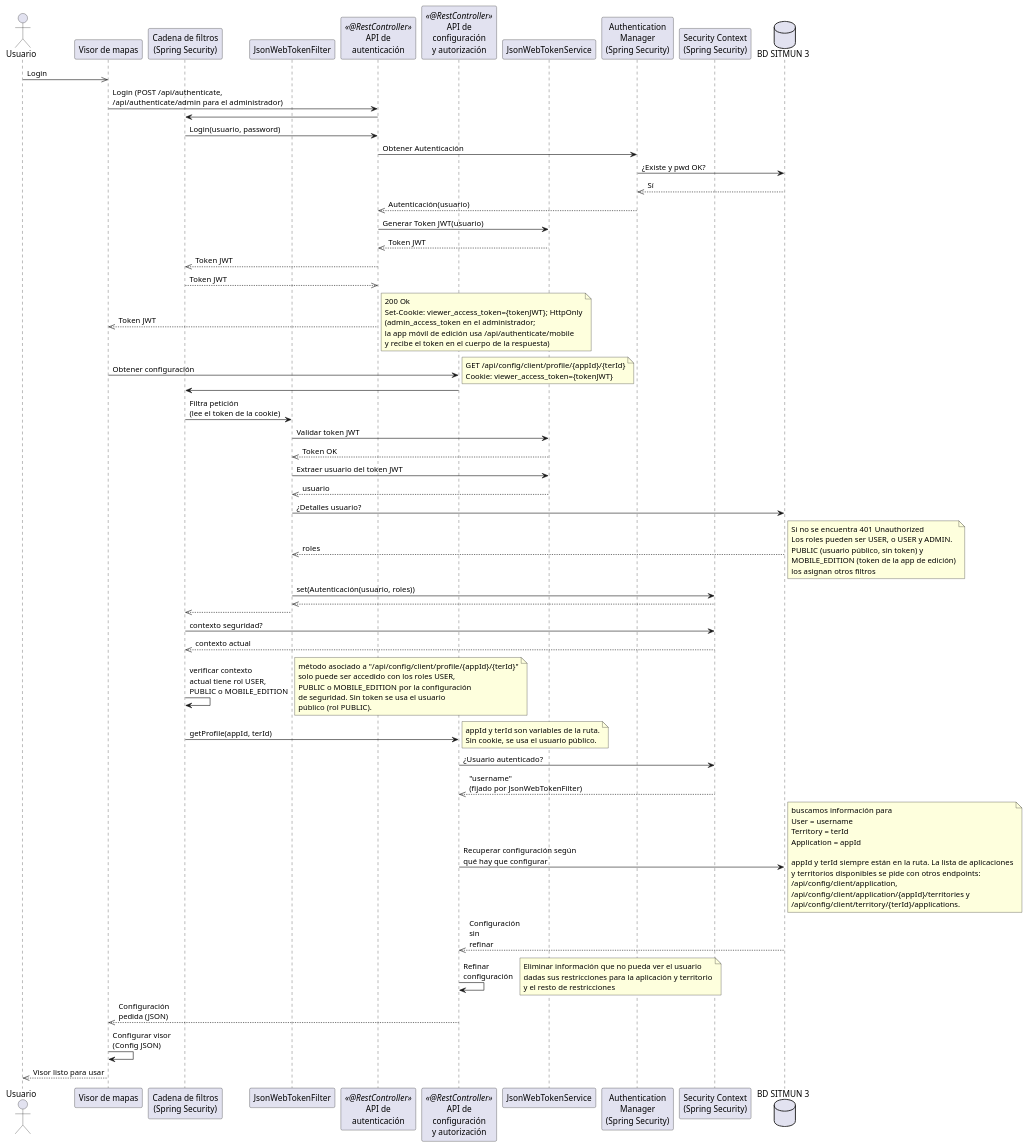
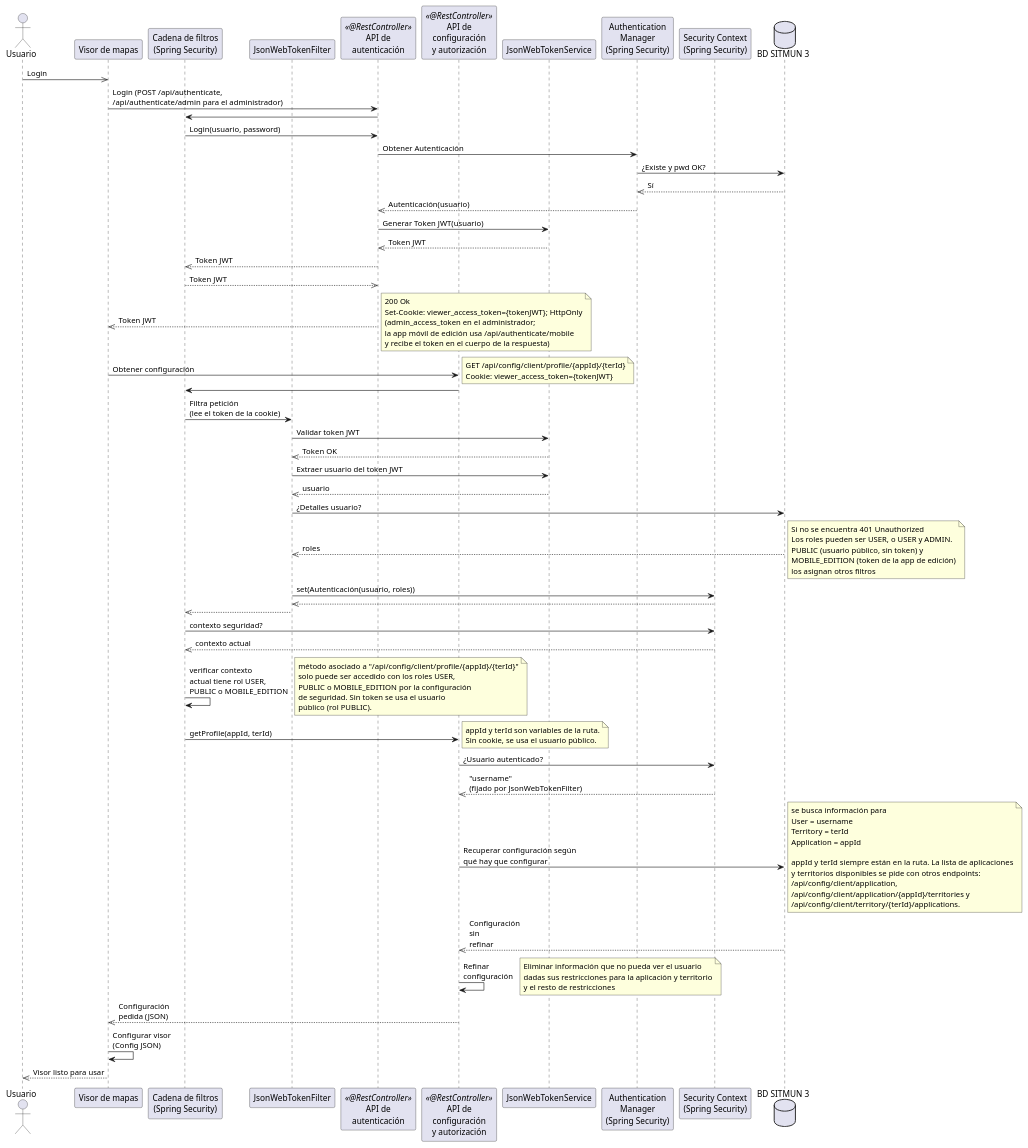
One commit to sitmun/sitmun.github.io changed the second of 6 diagrams in docs/que-es-sitmun/plataforma/arquitectura/index.md. Above: the diagram before and after it, drawn with PlantUML. The commit also changed other lines of this file and 4 other files, not shown here.

```diff
--- a/docs/que-es-sitmun/plataforma/arquitectura/index.md
+++ b/docs/que-es-sitmun/plataforma/arquitectura/index.md
@@ -413,7 +413,7 @@
 SecurityContext -->> ConfigurationAPI: "username"\n(fijado por JsonWebTokenFilter)
 ConfigurationAPI -> Database: Recuperar configuración según\nqué hay que configurar
 note right
-  buscamos información para 
+  se busca información para 
   User = username
   Territory = terId
   Application = appId
```
